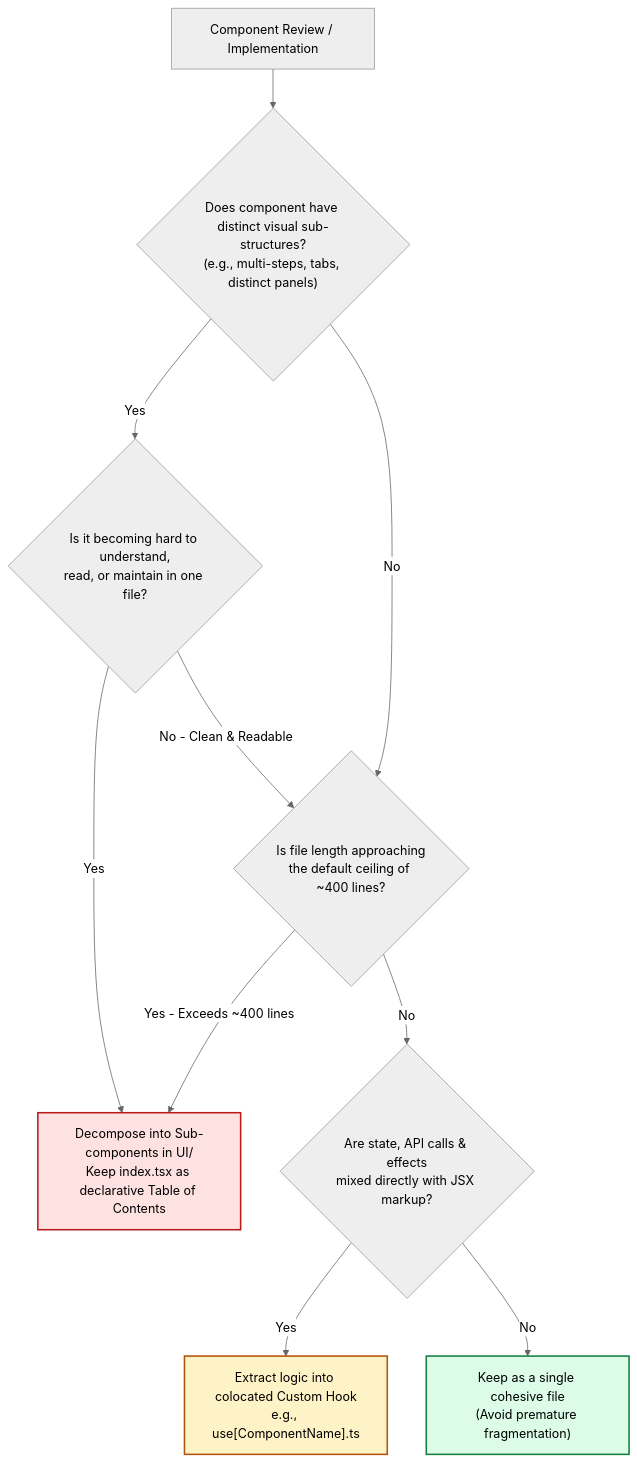
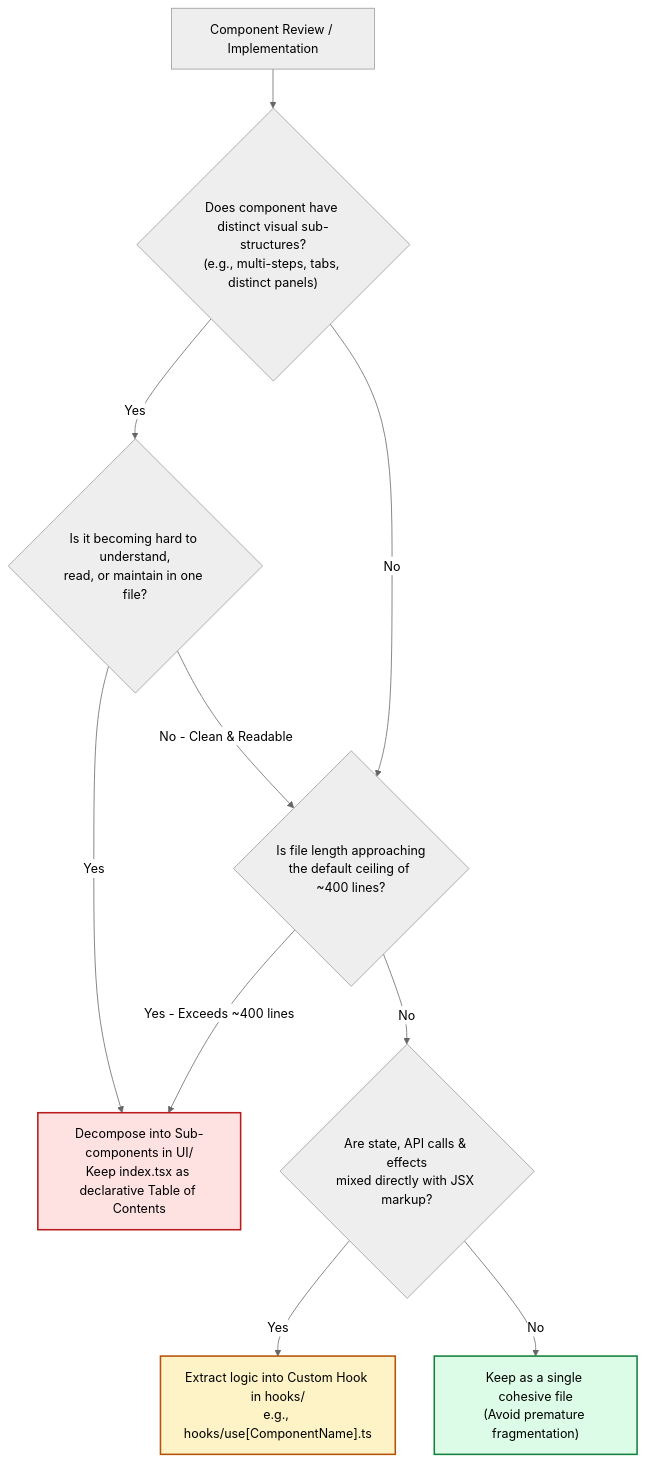
Before and after one commit to Pixel-PropX-Solutions/funtools-skills-manager: the second of 2 diagrams in skills/ui-clean-code/references/decision-trees.md, drawn with Mermaid (neutral theme). The commit also changed other lines of this file and 17 other files, not shown here.

````diff
--- a/skills/ui-clean-code/references/decision-trees.md
+++ b/skills/ui-clean-code/references/decision-trees.md
@@ -55,23 +55,23 @@
 ```mermaid
 flowchart TD
     Comp["Component Review / Implementation"] --> CheckStructure{"Does component have distinct visual sub-structures?<br/>(e.g., multi-steps, tabs, distinct panels)"}
     
     CheckStructure -->|Yes| CheckManageability{"Is it becoming hard to understand,<br/>read, or maintain in one file?"}
     CheckStructure -->|No| CheckCeiling{"Is file length approaching<br/>the default ceiling of ~400 lines?"}
     
     CheckManageability -->|Yes| Decompose["Decompose into Sub-components in UI/<br/>Keep index.tsx as declarative Table of Contents"]
     CheckManageability -->|No - Clean & Readable| CheckCeiling
     
     CheckCeiling -->|Yes - Exceeds ~400 lines| Decompose
     CheckCeiling -->|No| CheckLogic{"Are state, API calls & effects<br/>mixed directly with JSX markup?"}
     
-    CheckLogic -->|Yes| ExtractHook["Extract logic into colocated Custom Hook<br/>e.g., use[ComponentName].ts"]
+    CheckLogic -->|Yes| ExtractHook["Extract logic into Custom Hook in hooks/<br/>e.g., hooks/use[ComponentName].ts"]
     CheckLogic -->|No| KeepSingle["Keep as a single cohesive file<br/>(Avoid premature fragmentation)"]
 
     classDef split fill:#fee2e2,stroke:#b91c1c,stroke-width:2px;
     classDef hook fill:#fef3c7,stroke:#b45309,stroke-width:2px;
     classDef keep fill:#dcfce7,stroke:#15803d,stroke-width:2px;
     class Decompose split;
     class ExtractHook hook;
     class KeepSingle keep;
 ```
````
